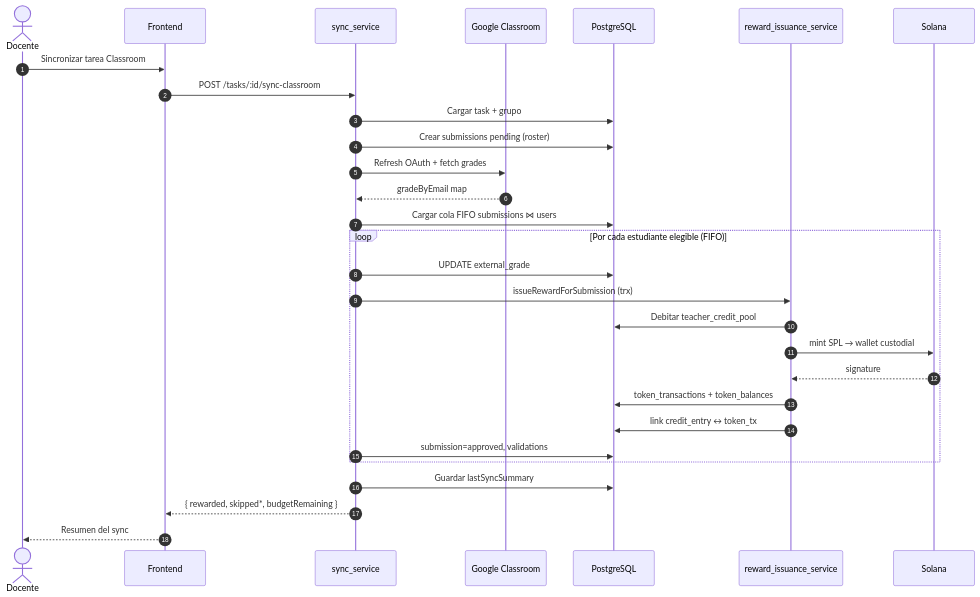
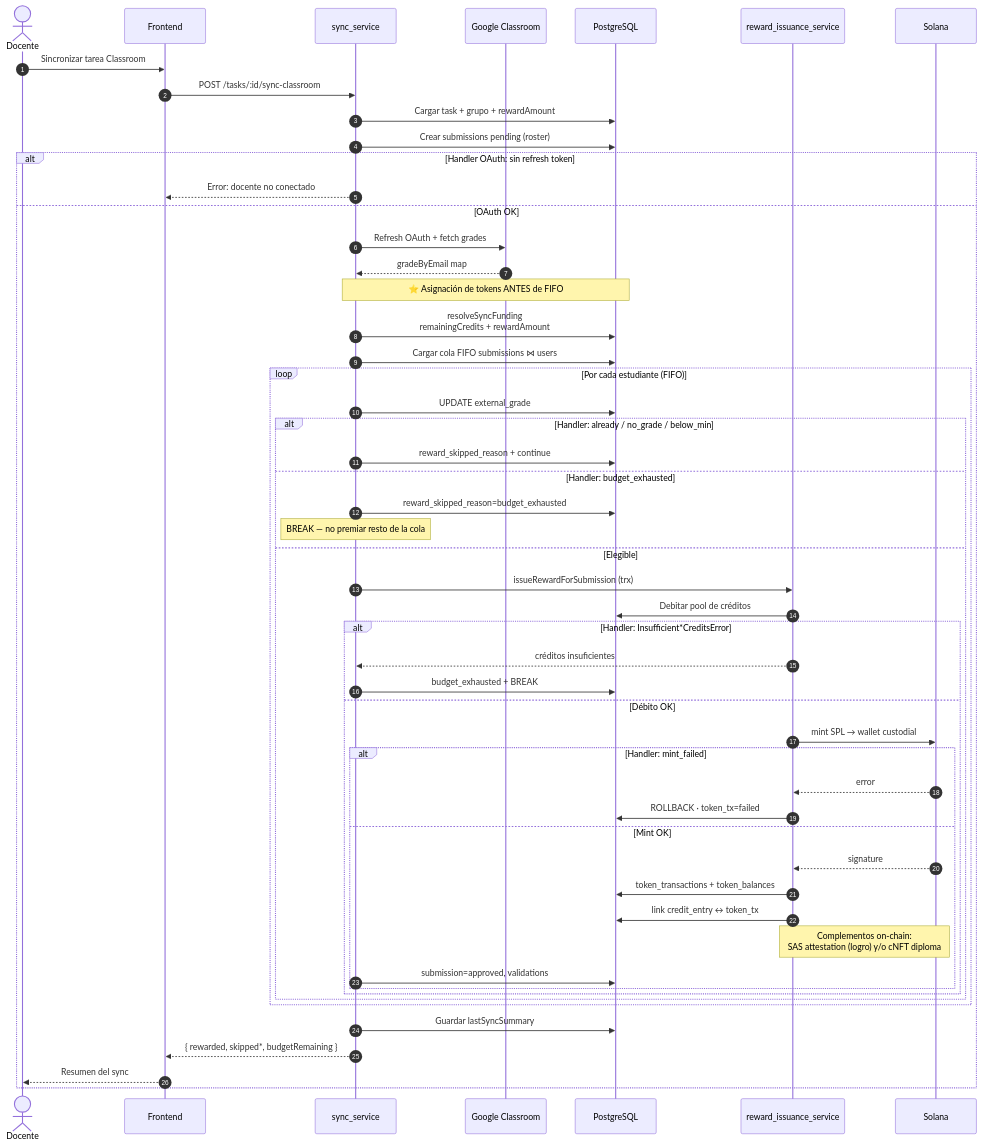
Before and after one commit to angeldavid218/scholarfi: diagram 17 of 23 in docs/arquitectura-mvp.md, drawn with Mermaid. The commit also changed other lines of this file and 9 other files, not shown here.

````diff
--- a/docs/arquitectura-mvp.md
+++ b/docs/arquitectura-mvp.md
@@ -778,36 +992,62 @@
 ```mermaid
 sequenceDiagram
     autonumber
     actor Doc as Docente
     participant FE as Frontend
     participant API as sync_service
     participant GC as Google Classroom
     participant DB as PostgreSQL
     participant RI as reward_issuance_service
     participant SOL as Solana
 
     Doc->>FE: Sincronizar tarea Classroom
     FE->>API: POST /tasks/:id/sync-classroom
 
-    API->>DB: Cargar task + grupo
+    API->>DB: Cargar task + grupo + rewardAmount
     API->>DB: Crear submissions pending (roster)
-    API->>GC: Refresh OAuth + fetch grades
-    GC-->>API: gradeByEmail map
 
-    API->>DB: Cargar cola FIFO submissions ⋈ users
+    alt Handler OAuth: sin refresh token
+        API-->>FE: Error: docente no conectado
+    else OAuth OK
+        API->>GC: Refresh OAuth + fetch grades
+        GC-->>API: gradeByEmail map
 
-    loop Por cada estudiante elegible (FIFO)
-        API->>DB: UPDATE external_grade
-        API->>RI: issueRewardForSubmission (trx)
-        RI->>DB: Debitar teacher_credit_pool
-        RI->>SOL: mint SPL → wallet custodial
-        SOL-->>RI: signature
-        RI->>DB: token_transactions + token_balances
-        RI->>DB: link credit_entry ↔ token_tx
-        API->>DB: submission=approved, validations
+        Note over API,DB: ⭐ Asignación de tokens ANTES de FIFO
+        API->>DB: resolveSyncFunding<br/>remainingCredits + rewardAmount
+
+        API->>DB: Cargar cola FIFO submissions ⋈ users
+
+        loop Por cada estudiante (FIFO)
+            API->>DB: UPDATE external_grade
+            alt Handler: already / no_grade / below_min
+                API->>DB: reward_skipped_reason + continue
+            else Handler: budget_exhausted
+                API->>DB: reward_skipped_reason=budget_exhausted
+                Note over API: BREAK — no premiar resto de la cola
+            else Elegible
+                API->>RI: issueRewardForSubmission (trx)
+                RI->>DB: Debitar pool de créditos
+                alt Handler: Insufficient*CreditsError
+                    RI-->>API: créditos insuficientes
+                    API->>DB: budget_exhausted + BREAK
+                else Débito OK
+                    RI->>SOL: mint SPL → wallet custodial
+                    alt Handler: mint_failed
+                        SOL-->>RI: error
+                        RI->>DB: ROLLBACK · token_tx=failed
+                    else Mint OK
+                        SOL-->>RI: signature
+                        RI->>DB: token_transactions + token_balances
+                        RI->>DB: link credit_entry ↔ token_tx
+                        Note over RI,SOL: Complementos on-chain:<br/>SAS attestation (logro) y/o cNFT diploma
+                        API->>DB: submission=approved, validations
+                    end
+                end
+            end
+        end
+
+        API->>DB: Guardar lastSyncSummary
+        API-->>FE: { rewarded, skipped*, budgetRemaining }
+        FE-->>Doc: Resumen del sync
     end
-
-    API->>DB: Guardar lastSyncSummary
-    API-->>FE: { rewarded, skipped*, budgetRemaining }
-    FE-->>Doc: Resumen del sync
 ```
````
